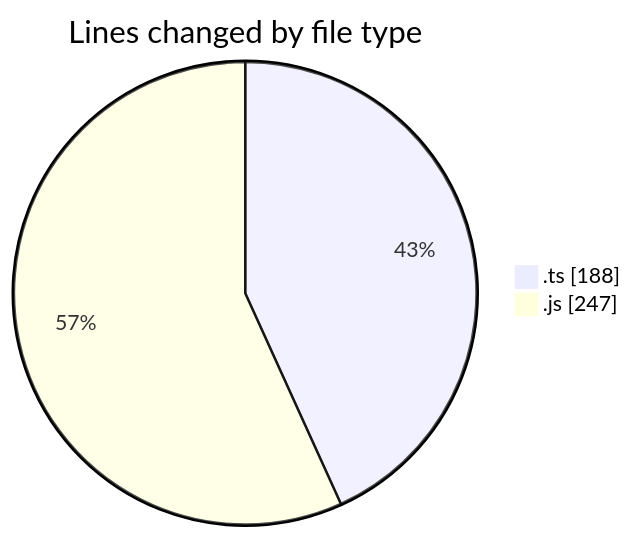
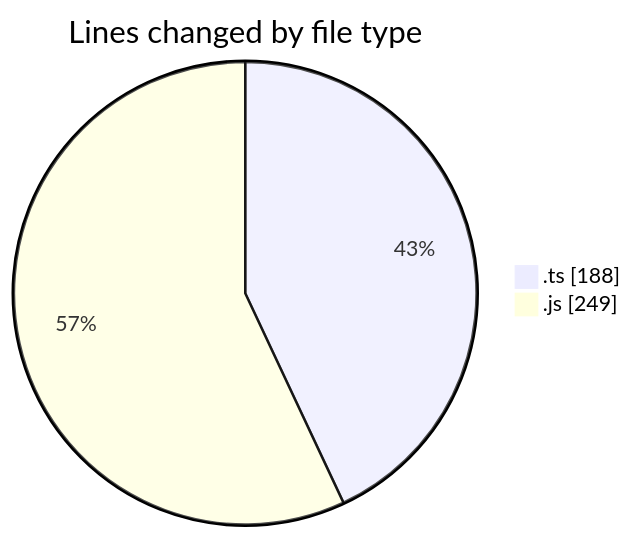
Before and after one commit to momahboobian/code-tracking: the first of 2 diagrams in 2025-03-12/cda/README.md, drawn with Mermaid. The commit also changed other lines of this file and 1 other file, not shown here.

````diff
--- a/2025-03-12/cda/README.md
+++ b/2025-03-12/cda/README.md
@@ -25,6 +25,6 @@
 ```mermaid
 pie showData
 title Lines changed by file type
 ".ts" : 188
-".js" : 247
+".js" : 249
 ```
````
